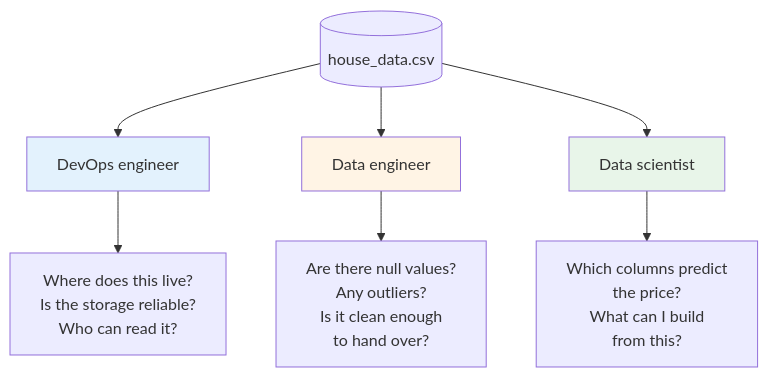
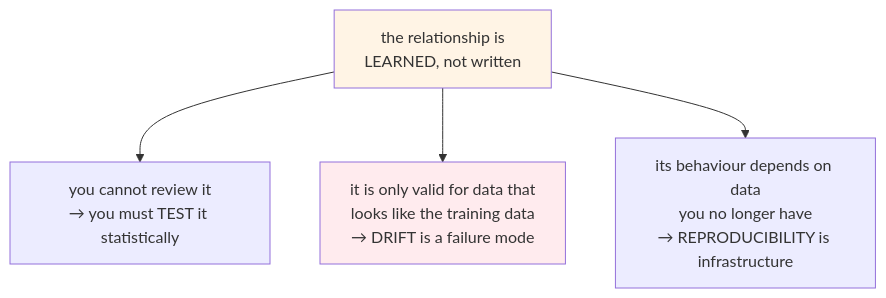
Before and after one commit to schoolofdevops/402-mlops-site: the first of 8 diagrams in site/docs/m3-data-to-model/lesson.mdx, drawn with Mermaid. The commit also changed other lines of this file, not shown here.

````diff
--- a/site/docs/m3-data-to-model/lesson.mdx
+++ b/site/docs/m3-data-to-model/lesson.mdx
@@ -32,16 +28,9 @@
 ```mermaid
-flowchart TD
-    DATA[("house_data.csv")]
+flowchart TB
+    L["the relationship is<br/>LEARNED, not written"] --> C1["you cannot review it<br/>→ you must TEST it statistically"]
+    L --> C2["it is only valid for data that<br/>looks like the training data<br/>→ DRIFT is a failure mode"]
+    L --> C3["its behaviour depends on data<br/>you no longer have<br/>→ REPRODUCIBILITY is infrastructure"]
 
-    DATA --> A["DevOps engineer"]
-    DATA --> B["Data engineer"]
-    DATA --> C["Data scientist"]
-
-    A --> A1["Where does this live?<br/>Is the storage reliable?<br/>Who can read it?"]
-    B --> B1["Are there null values?<br/>Any outliers?<br/>Is it clean enough<br/>to hand over?"]
-    C --> C1["Which columns predict<br/>the price?<br/>What can I build<br/>from this?"]
-
-    style A fill:#e3f2fd
-    style B fill:#fff4e5
-    style C fill:#e8f5e9
+    style L fill:#fff4e5
+    style C2 fill:#ffebee
 ```
````
